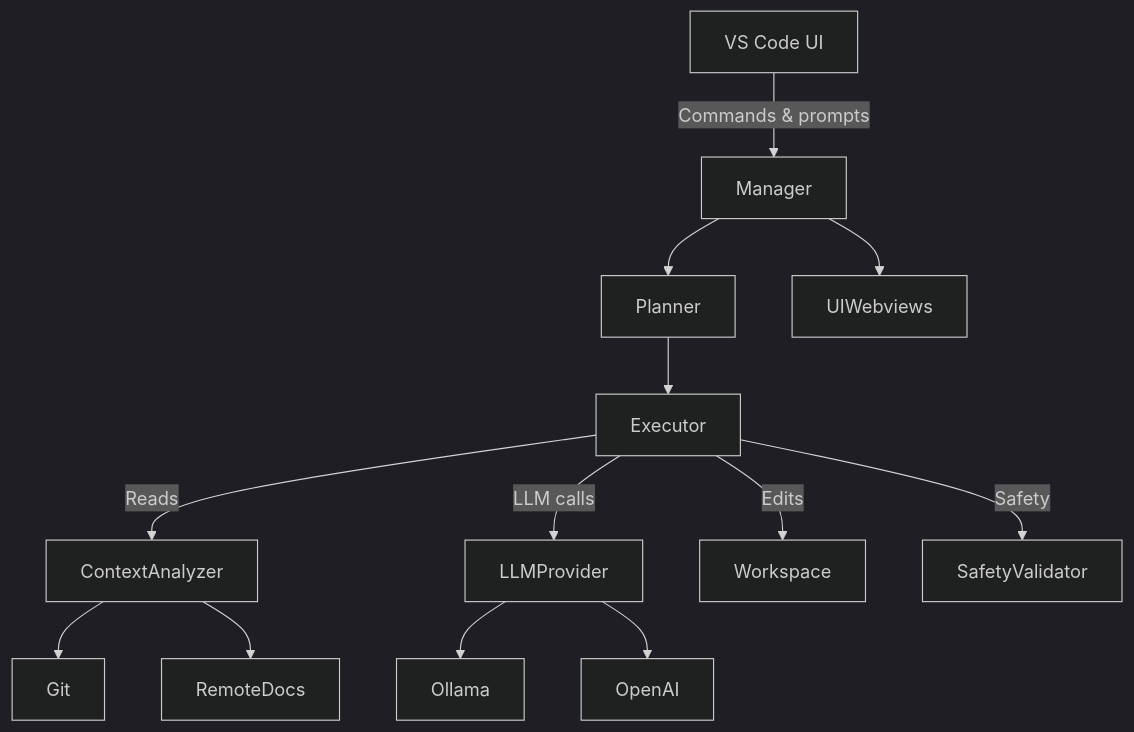
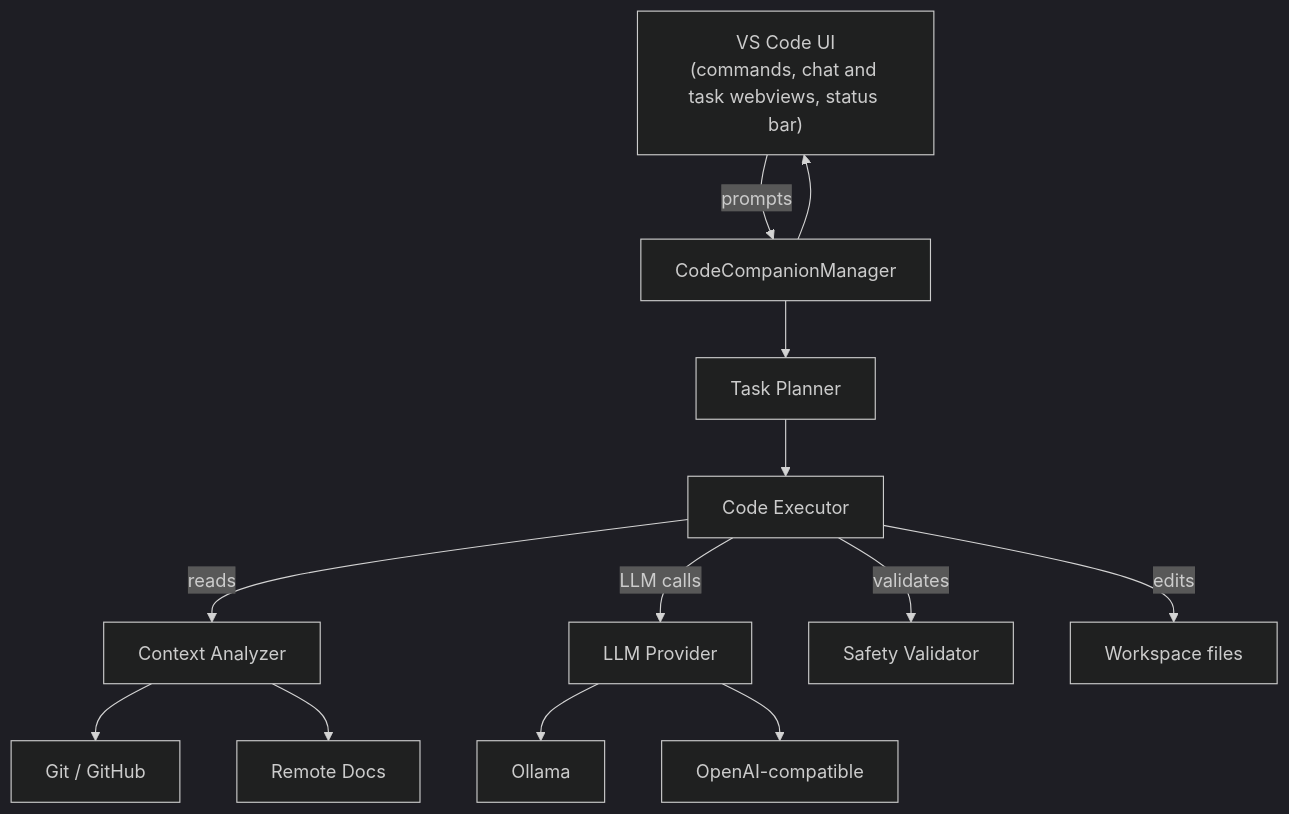
One commit to haadfida/code-companion changed the diagram in README.md. Above: the diagram before and after it, drawn with Mermaid (dark theme). The commit also changed other lines of this file and 3 other files, not shown here.

Commit message:
chore: set publisher, repo metadata, README install/demo/architecture, add CI (#2)

````diff
--- a/README.md
+++ b/README.md
@@ -42,13 +49,15 @@
 ```mermaid
-graph TD;
-    User["VS Code UI"] -->|Commands & prompts| Manager;
-    Manager --> Planner;
-    Planner --> Executor;
-    Executor -->|Reads| ContextAnalyzer;
-    Executor -->|LLM calls| LLMProvider;
-    LLMProvider --> Ollama & OpenAI;
-    Executor -->|Edits| Workspace;
-    Executor -->|Safety| SafetyValidator;
-    Manager --> UIWebviews;
-    ContextAnalyzer --> Git & RemoteDocs;
+graph TD
+    UI["VS Code UI<br/>(commands, chat and task webviews, status bar)"] -->|prompts| Manager["CodeCompanionManager"]
+    Manager --> Planner["Task Planner"]
+    Planner --> Executor["Code Executor"]
+    Executor -->|reads| Context["Context Analyzer"]
+    Context --> Git["Git / GitHub"]
+    Context --> RemoteDocs["Remote Docs"]
+    Executor -->|LLM calls| LLM["LLM Provider"]
+    LLM --> Ollama["Ollama"]
+    LLM --> OpenAI["OpenAI-compatible"]
+    Executor -->|validates| Safety["Safety Validator"]
+    Executor -->|edits| Workspace["Workspace files"]
+    Manager --> UI
 ```
````
